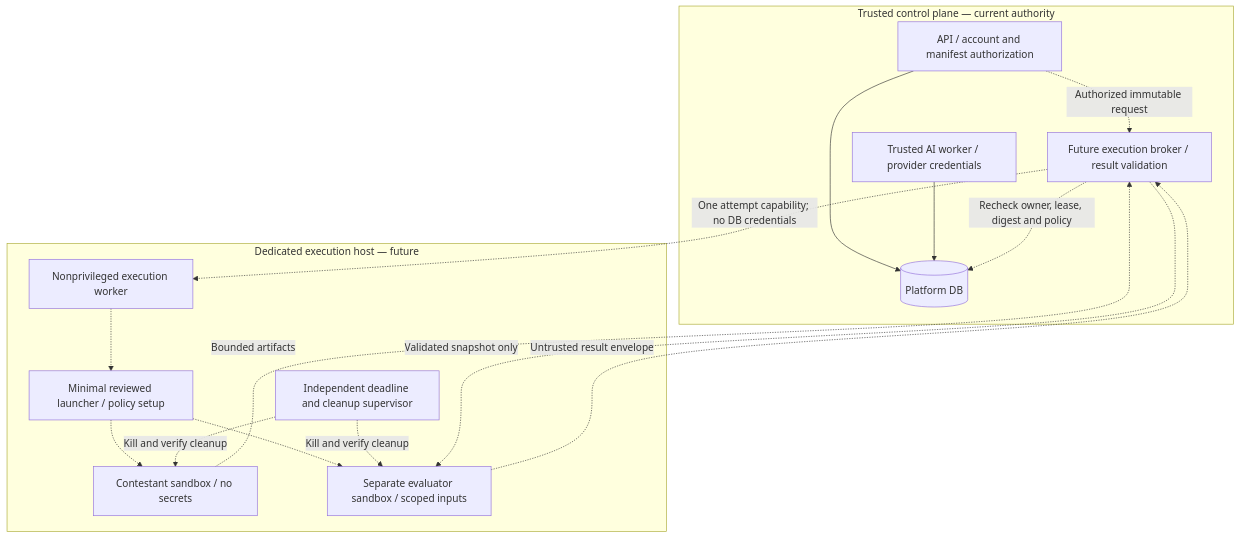
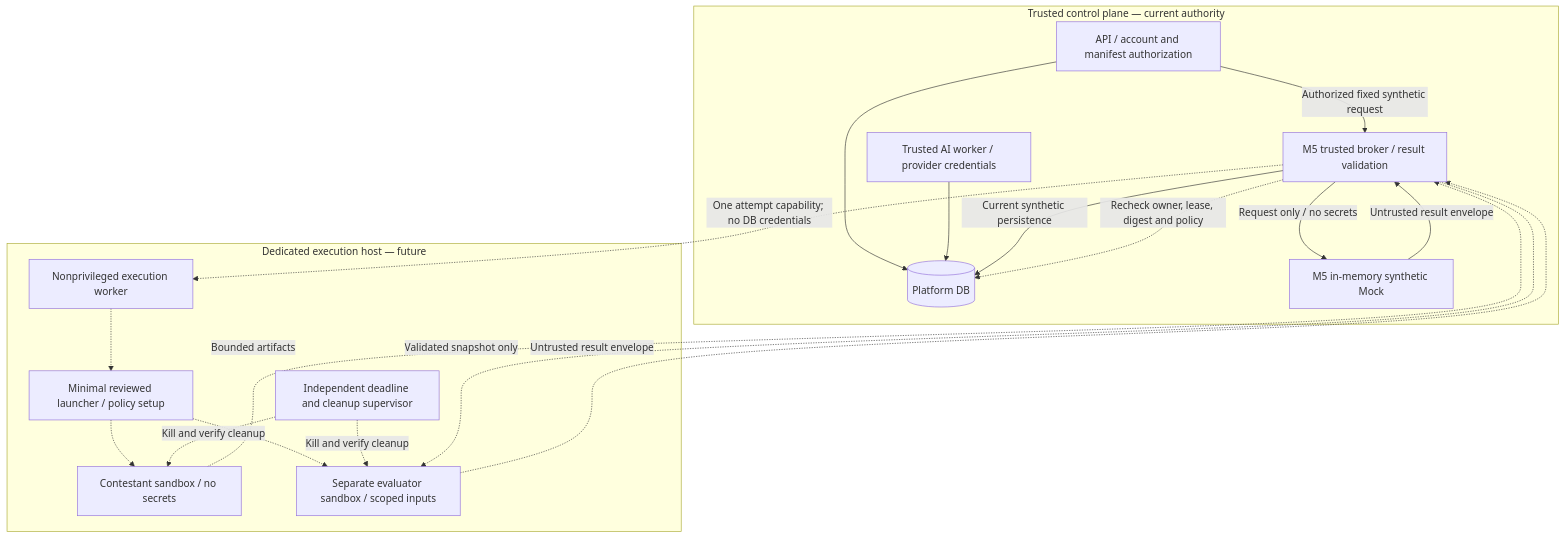
One commit to casing1/praxioj changed the diagram in docs/architecture/sandbox-architecture.md. Above: the diagram before and after it, drawn with Mermaid. The commit also changed other lines of this file and 36 other files, not shown here.

First line of the commit message:
feat: complete M5 Judge execution foundation and secure Broker (#15)

````diff
--- a/docs/architecture/sandbox-architecture.md
+++ b/docs/architecture/sandbox-architecture.md
@@ -23,29 +25,33 @@
 ```mermaid
 flowchart TB
   subgraph Control["Trusted control plane — current authority"]
     API["API / account and manifest authorization"]
     DB[("Platform DB")]
     AI["Trusted AI worker / provider credentials"]
-    Broker["Future execution broker / result validation"]
+    Broker["M5 trusted broker / result validation"]
+    Mock["M5 in-memory synthetic Mock"]
   end
   subgraph Host["Dedicated execution host — future"]
     Launcher["Minimal reviewed launcher / policy setup"]
     Worker["Nonprivileged execution worker"]
     Watchdog["Independent deadline and cleanup supervisor"]
     Code["Contestant sandbox / no secrets"]
     Judge["Separate evaluator sandbox / scoped inputs"]
   end
   API --> DB
   AI --> DB
-  API -.->|"Authorized immutable request"| Broker
+  API -->|"Authorized fixed synthetic request"| Broker
+  Broker -->|"Request only / no secrets"| Mock
+  Mock -->|"Untrusted result envelope"| Broker
+  Broker -->|"Current synthetic persistence"| DB
   Broker -.->|"One attempt capability; no DB credentials"| Worker
   Worker -.-> Launcher
   Launcher -.-> Code
   Launcher -.-> Judge
   Watchdog -.->|"Kill and verify cleanup"| Code
   Watchdog -.->|"Kill and verify cleanup"| Judge
   Code -.->|"Bounded artifacts"| Broker
   Broker -.->|"Validated snapshot only"| Judge
   Judge -.->|"Untrusted result envelope"| Broker
   Broker -.->|"Recheck owner, lease, digest and policy"| DB
 ```
````
